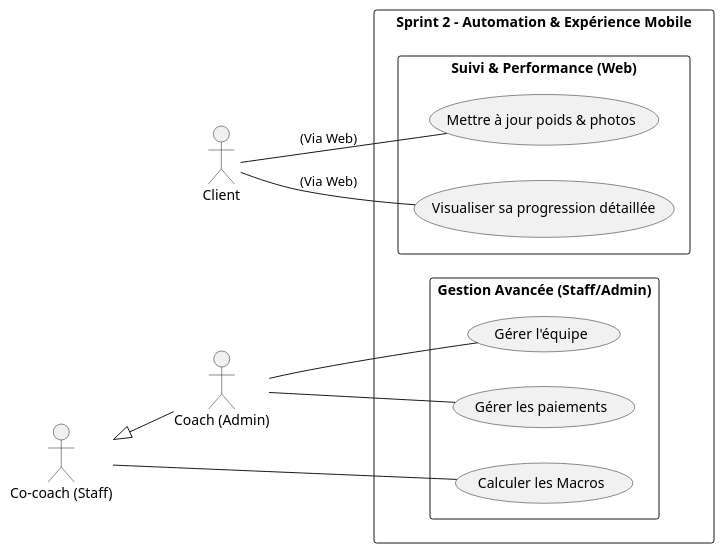
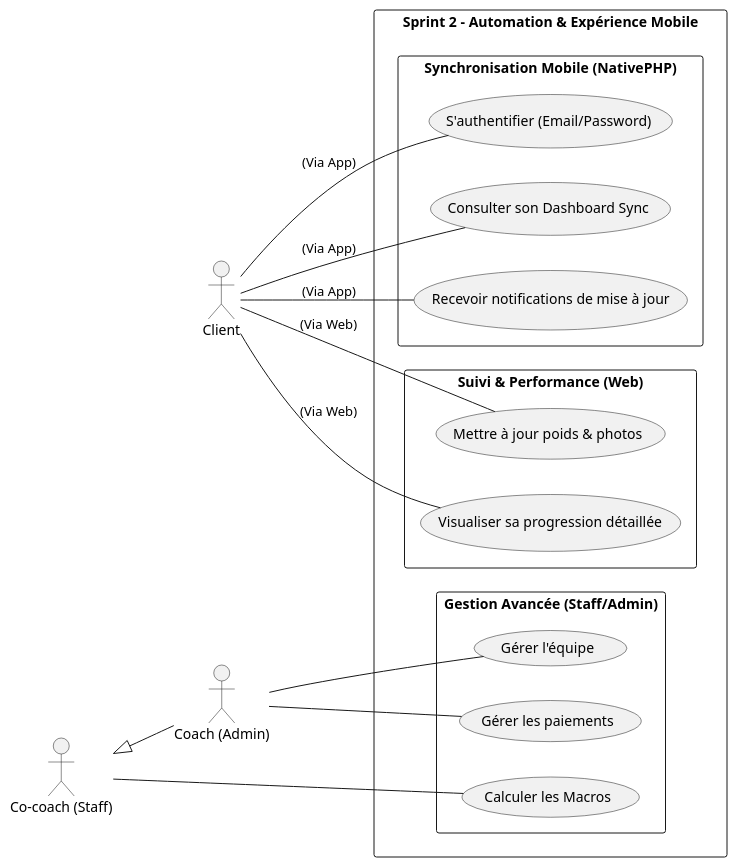
Before and after one commit to BenTaleb-Mehdi/Project-PFE: the diagram in Analyse/usecase-diagramme/use-case-sprint2.plantuml, drawn with PlantUML. The commit also changed 15 other files, not shown here.

Commit message:
feat: implement mobile dashboard controller, API communication helper, and session-based program change notifications with a new logout confirmation UI

```diff
--- a/Analyse/usecase-diagramme/use-case-sprint2.plantuml
+++ b/Analyse/usecase-diagramme/use-case-sprint2.plantuml
@@ -1,38 +1,46 @@
 @startuml
 left to right direction
 skinparam packageStyle rectangle
 skinparam shadowing false
 
 ' Actors
 actor "Client" as Client
 actor "Co-coach (Staff)" as Staff
 actor "Coach (Admin)" as Admin
  
 ' Hierarchy
 Staff <|-- Admin
 
 rectangle "Sprint 2 - Automation & Expérience Mobile" {
 
-
+  package "Synchronisation Mobile (NativePHP)" {
+    usecase "S'authentifier (Email/Password)" as MobileLogin
+    usecase "Consulter son Dashboard Sync" as MobileDashboard
+    usecase "Recevoir notifications de mise à jour" as MobileNotify
+  }
 
   package "Suivi & Performance (Web)" {
     usecase "Mettre à jour poids & photos" as UpdateStats
     usecase "Visualiser sa progression détaillée" as ViewProgress
   }
 
   package "Gestion Avancée (Staff/Admin)" {
     usecase "Calculer les Macros" as CalcMacros
     usecase "Gérer l'équipe" as ManageStaff
     usecase "Gérer les paiements" as ManageMoney
   }
 }
 
 ' Relations
+Client -- MobileLogin : "(Via App)"
+Client -- MobileDashboard : "(Via App)"
+Client -- MobileNotify : "(Via App)"
+
 Client -- UpdateStats : "(Via Web)"
 Client -- ViewProgress : "(Via Web)"
 
 Staff -- CalcMacros
 Admin -- ManageStaff
 Admin -- ManageMoney
 
 @enduml
```
